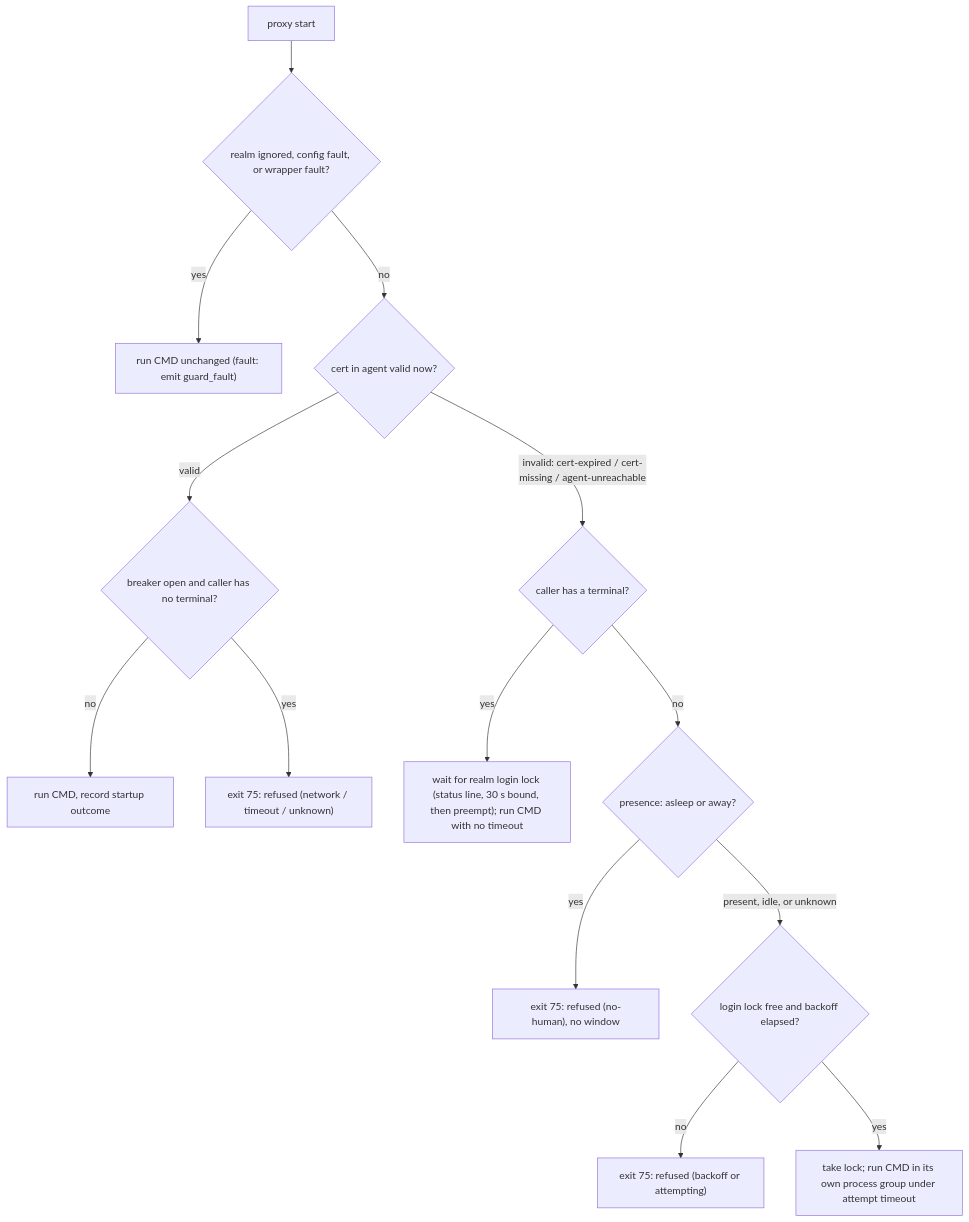
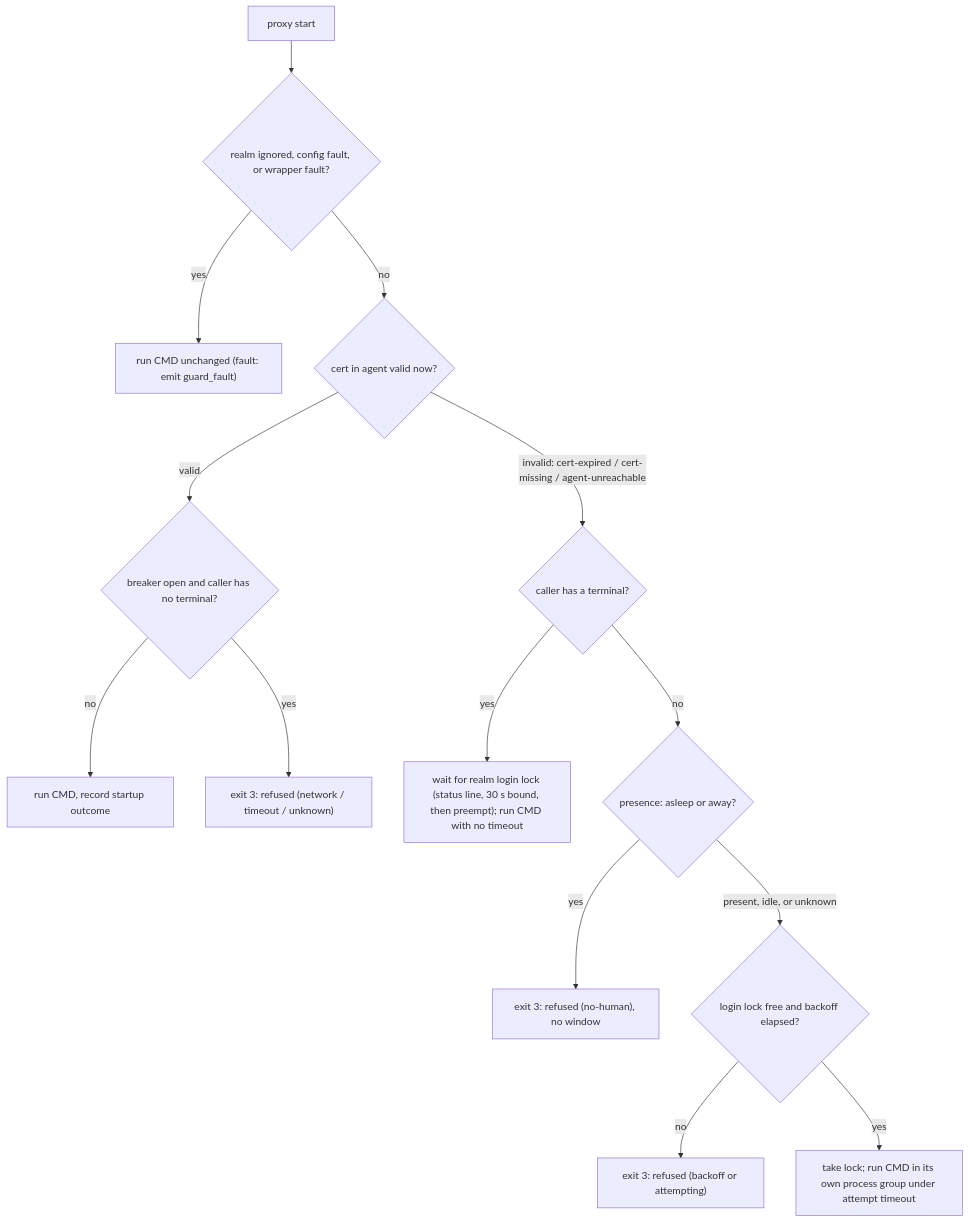
One commit to phillipgreenii/nix-agent-support changed the diagram in packages/pg-origin-guard/docs/contract.md. Above: the diagram before and after it, drawn with Mermaid. The commit also changed other lines of this file and 9 other files, not shown here.

````diff
--- a/packages/pg-origin-guard/docs/contract.md
+++ b/packages/pg-origin-guard/docs/contract.md
@@ -45,16 +45,16 @@
 ```mermaid
 flowchart TD
     S["proxy start"] --> K{"realm ignored, config fault, or wrapper fault?"}
     K -- yes --> RUN0["run CMD unchanged (fault: emit guard_fault)"]
     K -- no --> C{"cert in agent valid now?"}
     C -- valid --> B{"breaker open and caller has no terminal?"}
     B -- no --> RUN["run CMD, record startup outcome"]
-    B -- yes --> FF1["exit 75: refused (network / timeout / unknown)"]
+    B -- yes --> FF1["exit 3: refused (network / timeout / unknown)"]
     C -- "invalid: cert-expired / cert-missing / agent-unreachable" --> T{"caller has a terminal?"}
     T -- yes --> L1["wait for realm login lock (status line, 30 s bound, then preempt); run CMD with no timeout"]
     T -- no --> P{"presence: asleep or away?"}
-    P -- yes --> FF2["exit 75: refused (no-human), no window"]
+    P -- yes --> FF2["exit 3: refused (no-human), no window"]
     P -- "present, idle, or unknown" --> L2{"login lock free and backoff elapsed?"}
-    L2 -- no --> FF3["exit 75: refused (backoff or attempting)"]
+    L2 -- no --> FF3["exit 3: refused (backoff or attempting)"]
     L2 -- yes --> L3["take lock; run CMD in its own process group under attempt timeout"]
 ```
````
